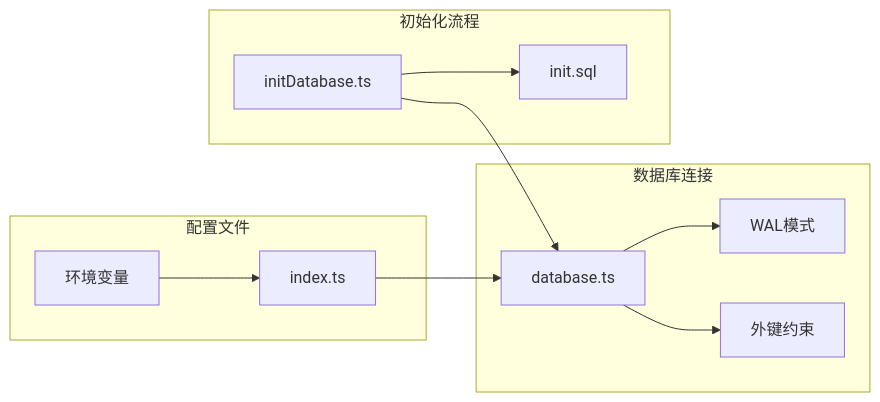
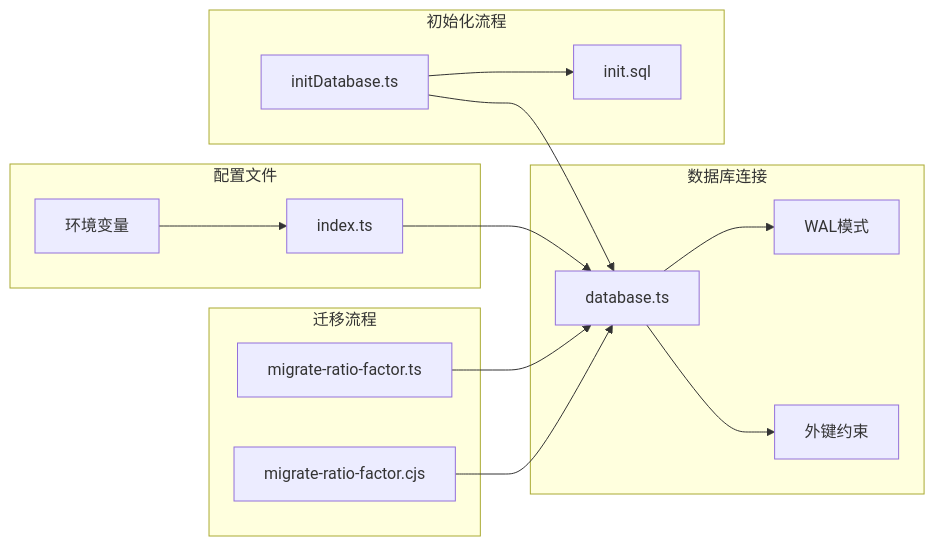
The fifth of 6 diagrams in .qoder/repowiki/zh/content/数据库设计/数据库概览.md (xpretycn/TingStudio), drawn with Mermaid before and after one commit. The commit also changed other lines of this file and 26 other files, not shown here.

First line of the commit message:
docs(api): 更新文档支持移除和新增 ratioFactor 参数

````diff
--- a/.qoder/repowiki/zh/content/数据库设计/数据库概览.md
+++ b/.qoder/repowiki/zh/content/数据库设计/数据库概览.md
@@ -418,22 +530,28 @@
 ```mermaid
 graph LR
 subgraph "配置文件"
 Env[环境变量]
 Config[index.ts]
 end
 subgraph "数据库连接"
 DBConn[database.ts]
 WAL[WAL模式]
 FK[外键约束]
 end
 subgraph "初始化流程"
 InitDB[initDatabase.ts]
 InitSQL[init.sql]
 end
+subgraph "迁移流程"
+MigrateTS[migrate-ratio-factor.ts]
+MigrateCJS[migrate-ratio-factor.cjs]
+end
 Env --> Config
 Config --> DBConn
 DBConn --> WAL
 DBConn --> FK
 InitDB --> DBConn
 InitDB --> InitSQL
+MigrateTS --> DBConn
+MigrateCJS --> DBConn
 ```
````
